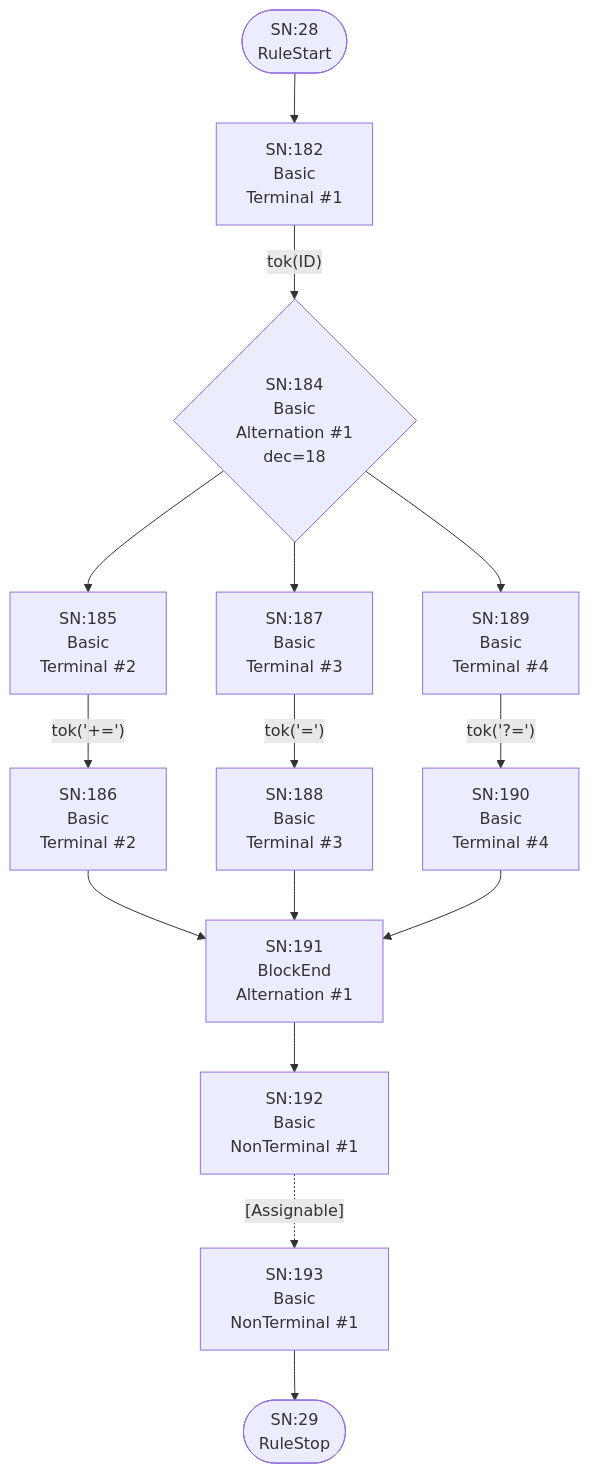
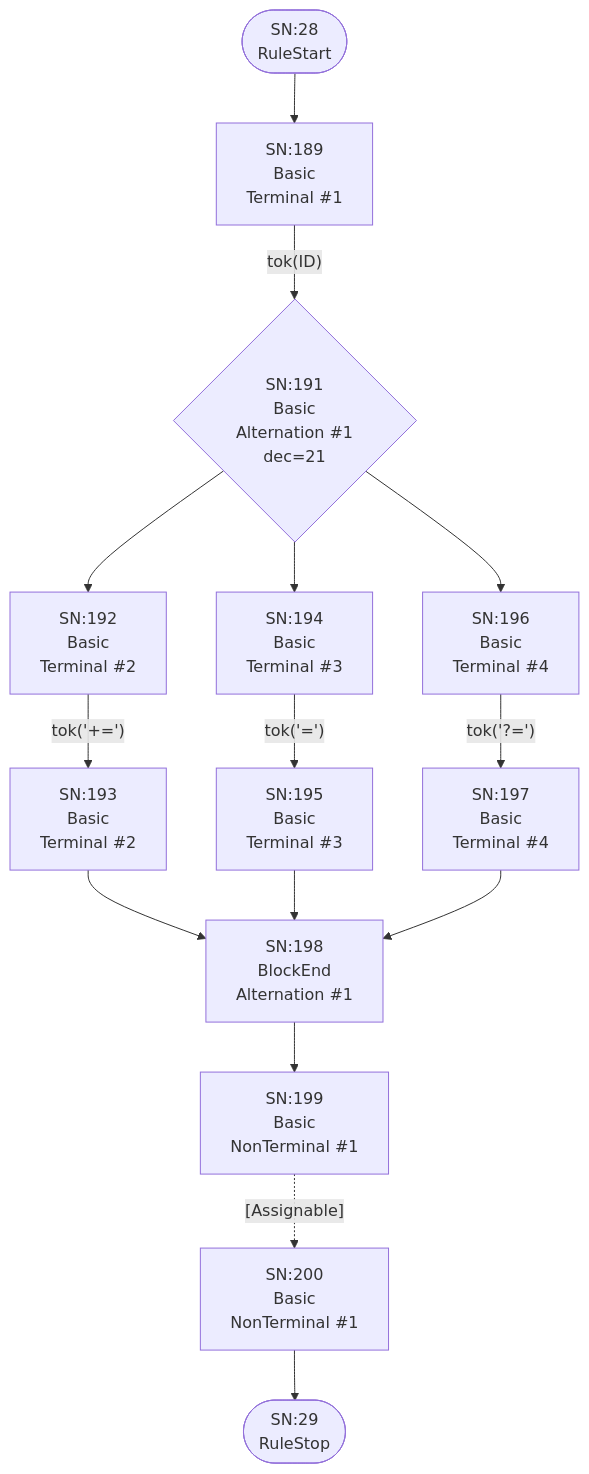
Diagram 15 of 25 in internal/grammar/atn.md (TypeFox/fastbelt), drawn with Mermaid before and after one commit. The commit also changed other lines of this file and 13 other files, not shown here.

````diff
--- a/internal/grammar/atn.md
+++ b/internal/grammar/atn.md
@@ -432,31 +448,31 @@
 ```mermaid
 flowchart TD
     q28(["SN:28<br/>RuleStart"])
     q29(["SN:29<br/>RuleStop"])
-    q182["SN:182<br/>Basic<br/>Terminal #1"]
-    q183{"SN:184<br/>Basic<br/>Alternation #1<br/>dec=18"}
-    q184["SN:185<br/>Basic<br/>Terminal #2"]
-    q185["SN:186<br/>Basic<br/>Terminal #2"]
-    q186["SN:187<br/>Basic<br/>Terminal #3"]
-    q187["SN:188<br/>Basic<br/>Terminal #3"]
-    q188["SN:189<br/>Basic<br/>Terminal #4"]
-    q189["SN:190<br/>Basic<br/>Terminal #4"]
-    q190["SN:191<br/>BlockEnd<br/>Alternation #1"]
-    q191["SN:192<br/>Basic<br/>NonTerminal #1"]
-    q192["SN:193<br/>Basic<br/>NonTerminal #1"]
+    q189["SN:189<br/>Basic<br/>Terminal #1"]
+    q190{"SN:191<br/>Basic<br/>Alternation #1<br/>dec=21"}
+    q191["SN:192<br/>Basic<br/>Terminal #2"]
+    q192["SN:193<br/>Basic<br/>Terminal #2"]
+    q193["SN:194<br/>Basic<br/>Terminal #3"]
+    q194["SN:195<br/>Basic<br/>Terminal #3"]
+    q195["SN:196<br/>Basic<br/>Terminal #4"]
+    q196["SN:197<br/>Basic<br/>Terminal #4"]
+    q197["SN:198<br/>BlockEnd<br/>Alternation #1"]
+    q198["SN:199<br/>Basic<br/>NonTerminal #1"]
+    q199["SN:200<br/>Basic<br/>NonTerminal #1"]
 
-    q28 --> q182
-    q182 -->|"tok(ID)"| q183
-    q183 --> q184
-    q183 --> q186
-    q183 --> q188
-    q184 -->|"tok('+=')"| q185
-    q185 --> q190
-    q186 -->|"tok('=')"| q187
-    q187 --> q190
-    q188 -->|"tok('?=')"| q189
-    q189 --> q190
+    q28 --> q189
+    q189 -->|"tok(ID)"| q190
     q190 --> q191
-    q191 -.->|"[Assignable]"| q192
-    q192 --> q29
+    q190 --> q193
+    q190 --> q195
+    q191 -->|"tok('+=')"| q192
+    q192 --> q197
+    q193 -->|"tok('=')"| q194
+    q194 --> q197
+    q195 -->|"tok('?=')"| q196
+    q196 --> q197
+    q197 --> q198
+    q198 -.->|"[Assignable]"| q199
+    q199 --> q29
 ```
````
